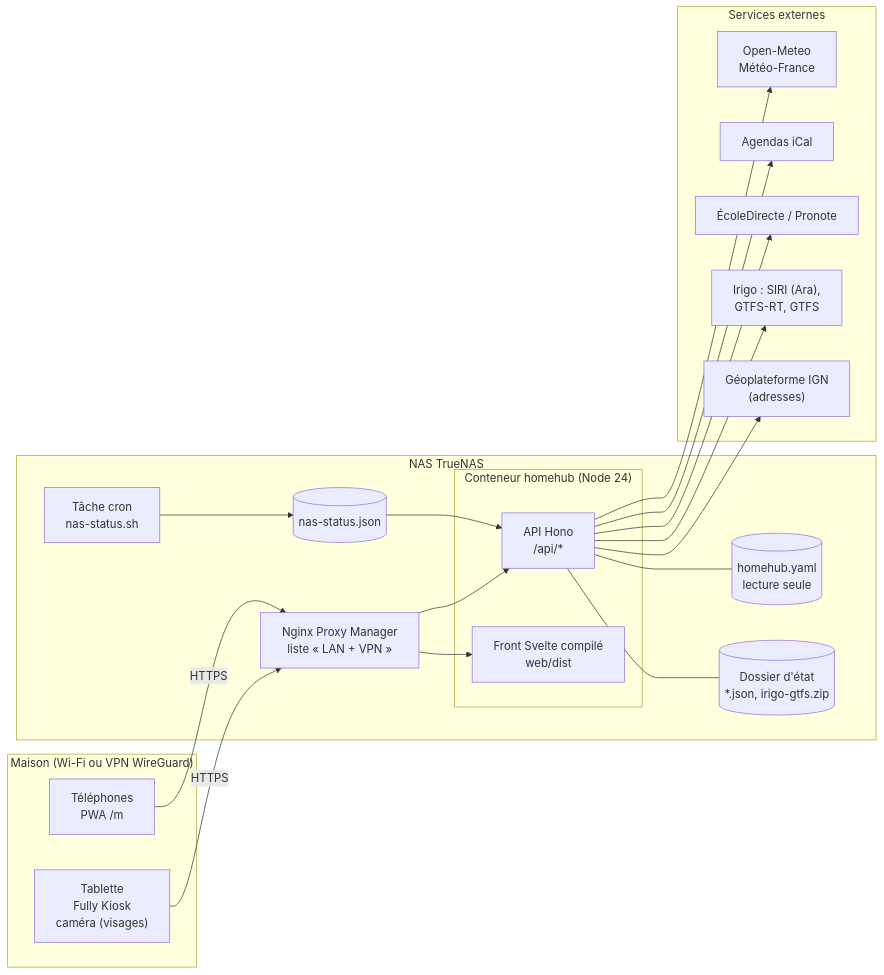
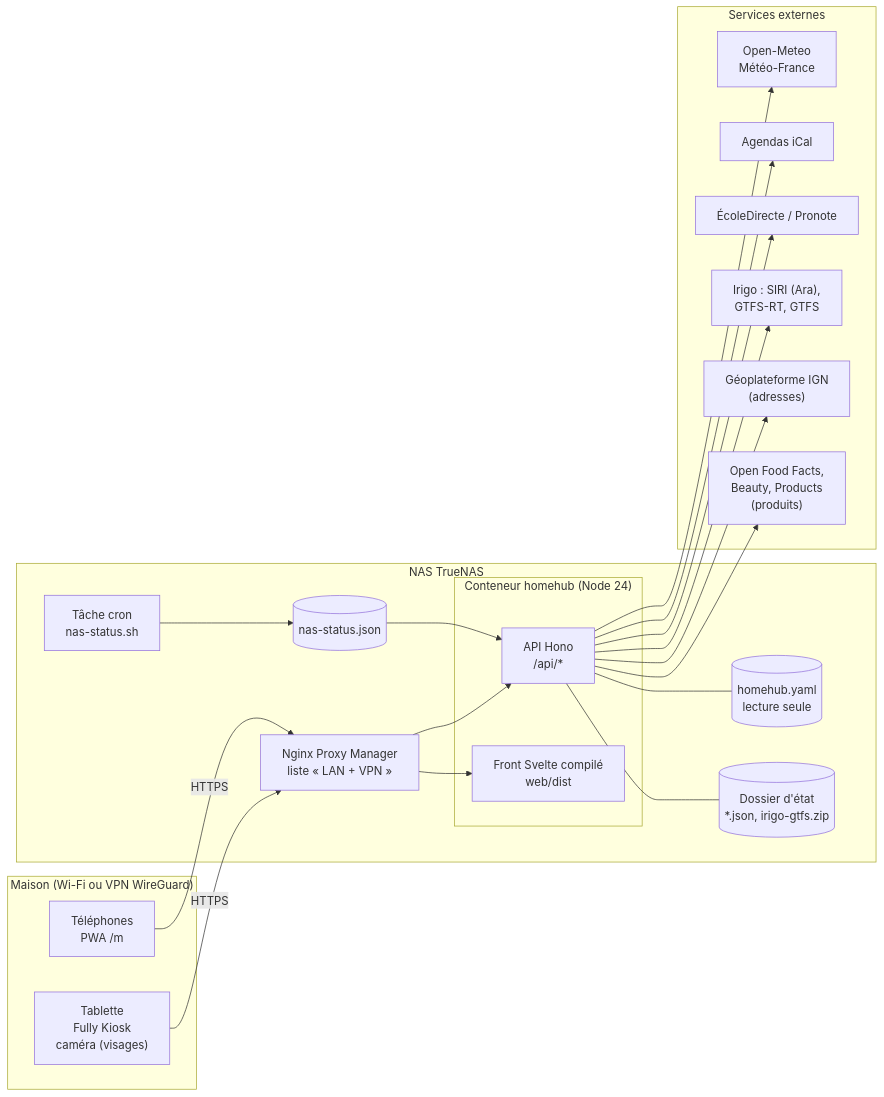
The first of 11 diagrams in docs/architecture.md (DeafLight/homehub), drawn with Mermaid before and after one commit. The commit also changed other lines of this file and 55 other files, not shown here.

````diff
--- a/docs/architecture.md
+++ b/docs/architecture.md
@@ -11,33 +11,34 @@
 ```mermaid
 flowchart LR
   subgraph maison["Maison (Wi-Fi ou VPN WireGuard)"]
     tablette["Tablette<br/>Fully Kiosk<br/>caméra (visages)"]
     tel["Téléphones<br/>PWA /m"]
   end
   subgraph nas["NAS TrueNAS"]
     npm["Nginx Proxy Manager<br/>liste « LAN + VPN »"]
     subgraph conteneur["Conteneur homehub (Node 24)"]
       api["API Hono<br/>/api/*"]
       front["Front Svelte compilé<br/>web/dist"]
     end
     yaml[("homehub.yaml<br/>lecture seule")]
     etat[("Dossier d'état<br/>*.json, irigo-gtfs.zip")]
     releve[("nas-status.json")]
     cron["Tâche cron<br/>nas-status.sh"]
   end
   subgraph ext["Services externes"]
     meteo["Open-Meteo<br/>Météo-France"]
     ical["Agendas iCal"]
     ecole["ÉcoleDirecte / Pronote"]
     irigo["Irigo : SIRI (Ara),<br/>GTFS-RT, GTFS"]
     ign["Géoplateforme IGN<br/>(adresses)"]
+    off["Open Food Facts,<br/>Beauty, Products<br/>(produits)"]
   end
   tablette -- HTTPS --> npm
   tel -- HTTPS --> npm
   npm --> api
   npm --> front
   api --- yaml
   api --- etat
   cron --> releve --> api
-  api --> meteo & ical & ecole & irigo & ign
+  api --> meteo & ical & ecole & irigo & ign & off
 ```
````
